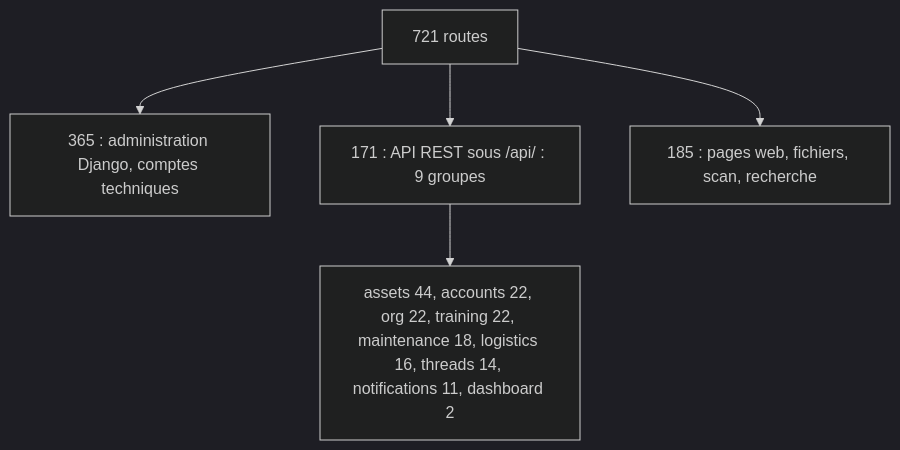
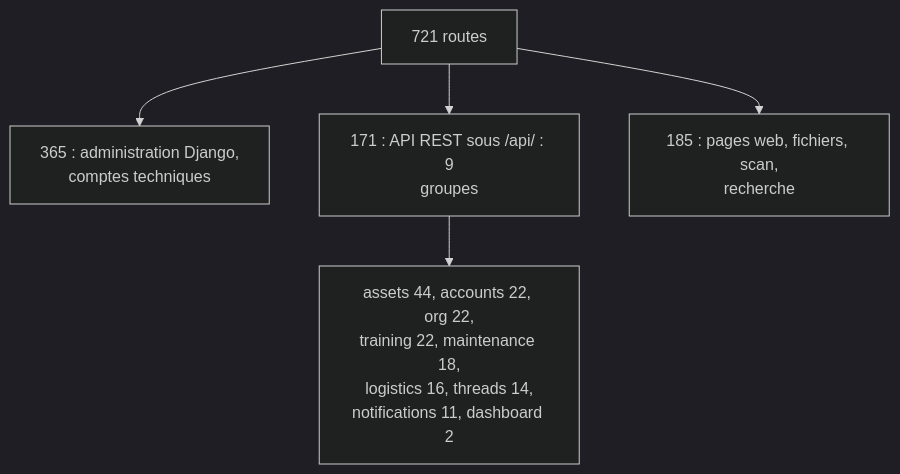
Before and after one commit to Mattrix2211/Matrix: the diagram in docs/dossier-technique/schemas/src/S42_carte_des_routes.mmd, drawn with Mermaid (dark theme). The commit also changed 68 other files, not shown here.

```diff
--- a/docs/dossier-technique/schemas/src/S42_carte_des_routes.mmd
+++ b/docs/dossier-technique/schemas/src/S42_carte_des_routes.mmd
@@ -1,7 +1,7 @@
 flowchart TB
   T["721 routes"]
-  A["365 : administration Django, comptes techniques"]
-  P["171 : API REST sous /api/ : 9 groupes"]
-  W["185 : pages web, fichiers, scan, recherche"]
+  A["365 : administration Django,<br/>comptes techniques"]
+  P["171 : API REST sous /api/ : 9<br/>groupes"]
+  W["185 : pages web, fichiers, scan,<br/>recherche"]
   T --> A & P & W
-  P --> P1["assets 44, accounts 22, org 22, training 22, maintenance 18, logistics 16, threads 14, notifications 11, dashboard 2"]
+  P --> P1["assets 44, accounts 22, org 22,<br/>training 22, maintenance 18,<br/>logistics 16, threads 14,<br/>notifications 11, dashboard 2"]
```
